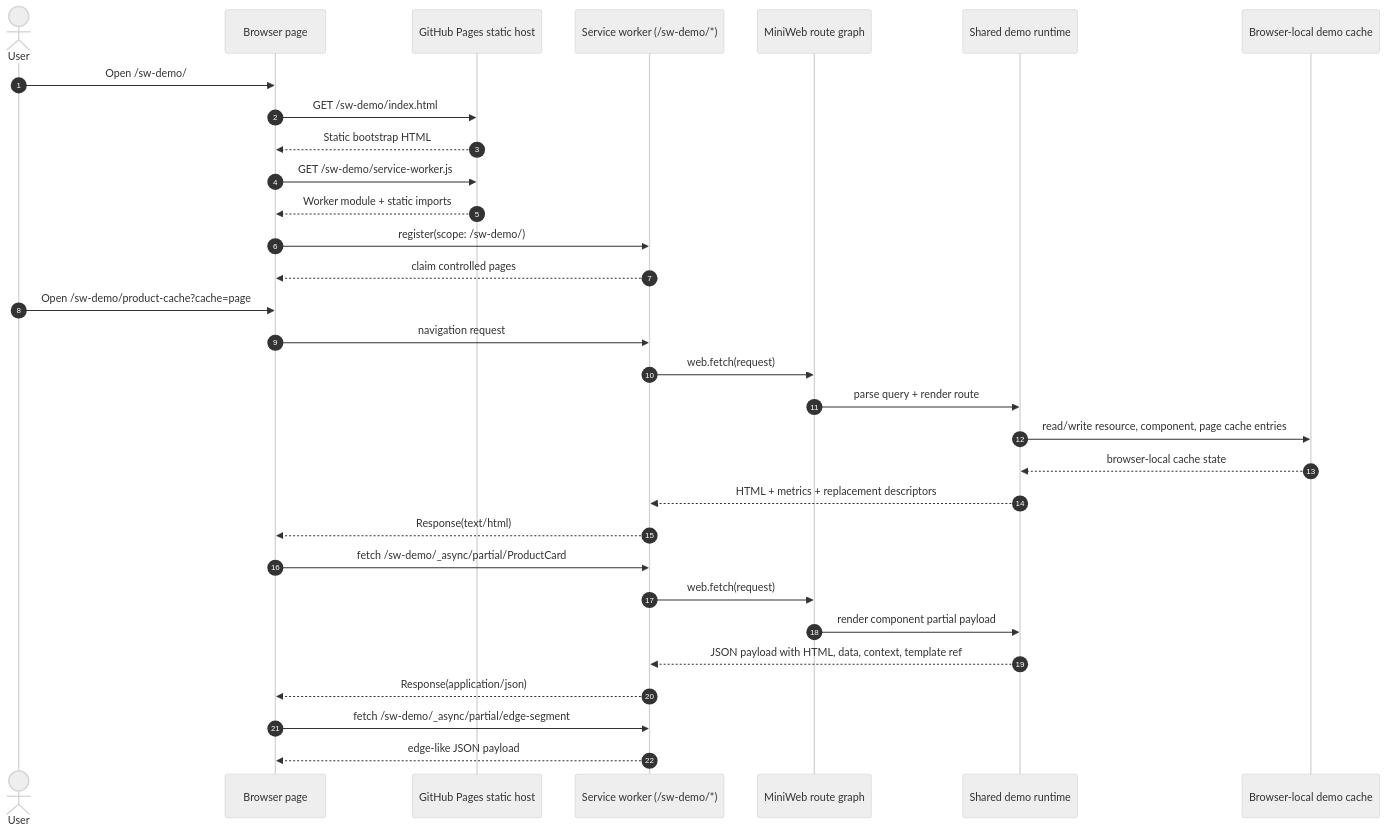
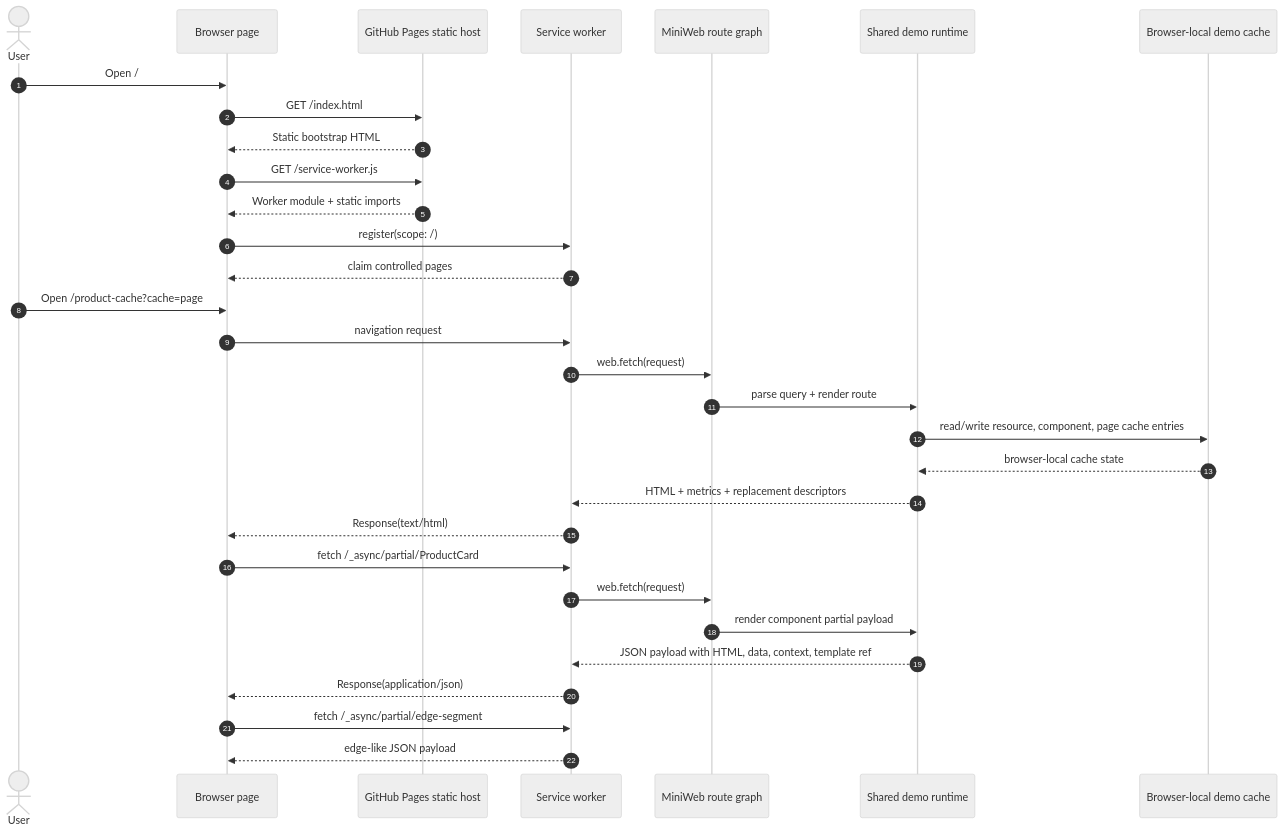
Before and after one commit to PatrickJS/async-framework-demo: the first of 3 diagrams in src/browser/backend-emulation.md, drawn with Mermaid (neutral theme). The commit also changed other lines of this file and 11 other files, not shown here.

````diff
--- a/src/browser/backend-emulation.md
+++ b/src/browser/backend-emulation.md
@@ -11,37 +11,37 @@
 ```mermaid
 sequenceDiagram
   autonumber
   actor User
   participant Page as Browser page
   participant Pages as GitHub Pages static host
-  participant SW as Service worker (/sw-demo/*)
+  participant SW as Service worker
   participant MiniWeb as MiniWeb route graph
   participant Runtime as Shared demo runtime
   participant Cache as Browser-local demo cache
 
-  User->>Page: Open /sw-demo/
-  Page->>Pages: GET /sw-demo/index.html
+  User->>Page: Open /
+  Page->>Pages: GET /index.html
   Pages-->>Page: Static bootstrap HTML
-  Page->>Pages: GET /sw-demo/service-worker.js
+  Page->>Pages: GET /service-worker.js
   Pages-->>Page: Worker module + static imports
-  Page->>SW: register(scope: /sw-demo/)
+  Page->>SW: register(scope: /)
   SW-->>Page: claim controlled pages
 
-  User->>Page: Open /sw-demo/product-cache?cache=page
+  User->>Page: Open /product-cache?cache=page
   Page->>SW: navigation request
   SW->>MiniWeb: web.fetch(request)
   MiniWeb->>Runtime: parse query + render route
   Runtime->>Cache: read/write resource, component, page cache entries
   Cache-->>Runtime: browser-local cache state
   Runtime-->>SW: HTML + metrics + replacement descriptors
   SW-->>Page: Response(text/html)
 
-  Page->>SW: fetch /sw-demo/_async/partial/ProductCard
+  Page->>SW: fetch /_async/partial/ProductCard
   SW->>MiniWeb: web.fetch(request)
   MiniWeb->>Runtime: render component partial payload
   Runtime-->>SW: JSON payload with HTML, data, context, template ref
   SW-->>Page: Response(application/json)
 
-  Page->>SW: fetch /sw-demo/_async/partial/edge-segment
+  Page->>SW: fetch /_async/partial/edge-segment
   SW-->>Page: edge-like JSON payload
 ```
````
